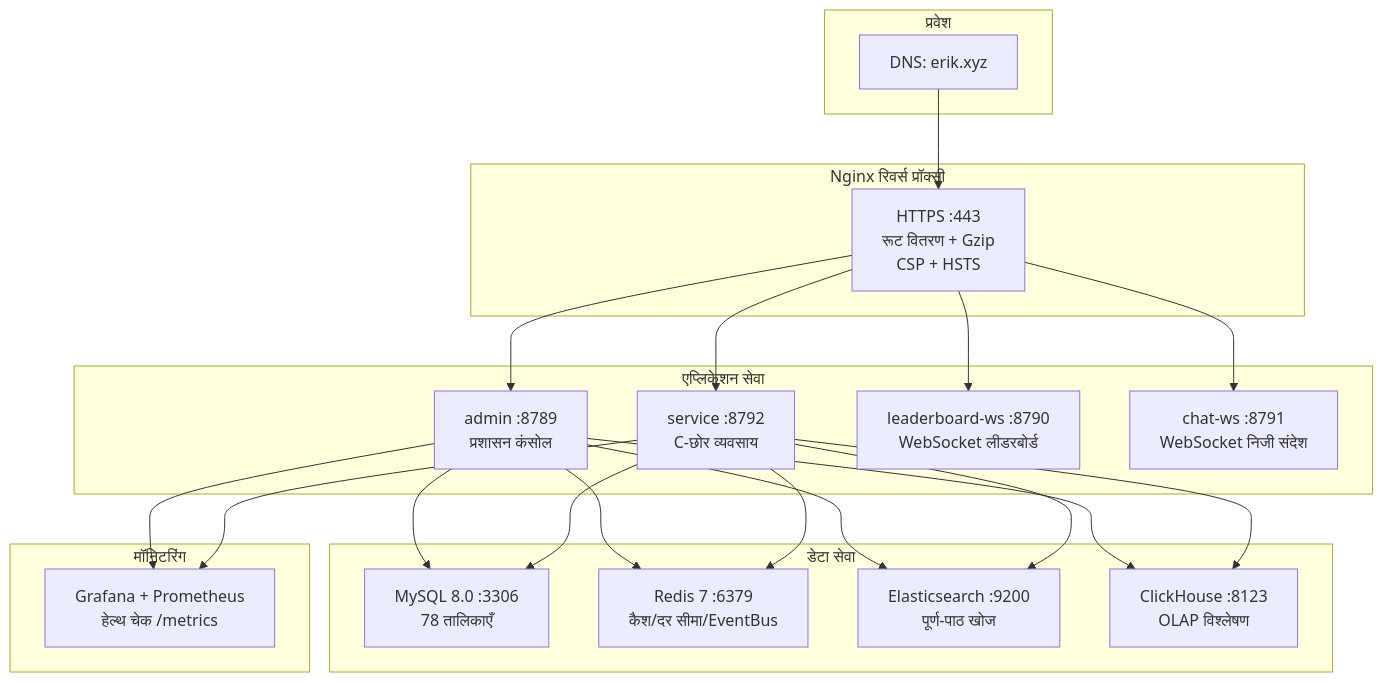
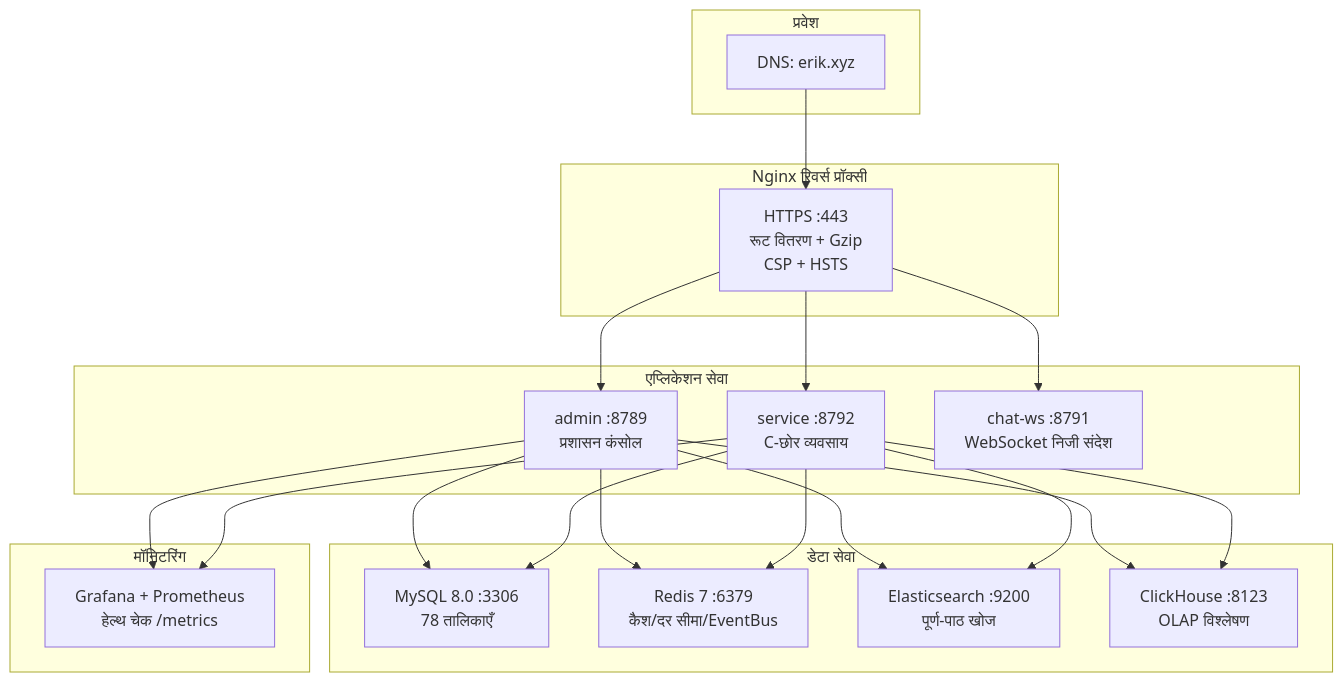
The diagram in admin/docs/diagrams/12-deployment.hi.md (erikwang2013/game-platform-php), drawn with Mermaid before and after one commit. The commit also changed 710 other files, not shown here.

````diff
--- a/admin/docs/diagrams/12-deployment.hi.md
+++ b/admin/docs/diagrams/12-deployment.hi.md
@@ -7,33 +7,32 @@
 ```mermaid
 flowchart TB
     subgraph "प्रवेश"
         DNS["DNS: erik.xyz"]
     end
 
     subgraph "Nginx रिवर्स प्रॉक्सी"
         NGX["HTTPS :443<br/>रूट वितरण + Gzip<br/>CSP + HSTS"]
     end
 
     subgraph "एप्लिकेशन सेवा"
         ADM["admin :8789<br/>प्रशासन कंसोल"]
         SVC["service :8792<br/>C-छोर व्यवसाय"]
-        LB["leaderboard-ws :8790<br/>WebSocket लीडरबोर्ड"]
         CHAT["chat-ws :8791<br/>WebSocket निजी संदेश"]
     end
 
     subgraph "डेटा सेवा"
         MYSQL["MySQL 8.0 :3306<br/>78 तालिकाएँ"]
         REDIS["Redis 7 :6379<br/>कैश/दर सीमा/EventBus"]
         ES["Elasticsearch :9200<br/>पूर्ण-पाठ खोज"]
         CH["ClickHouse :8123<br/>OLAP विश्लेषण"]
     end
 
     subgraph "मॉनिटरिंग"
         MON["Grafana + Prometheus<br/>हेल्थ चेक /metrics"]
     end
 
     DNS --> NGX
-    NGX --> ADM & SVC & LB & CHAT
+    NGX --> ADM & SVC & CHAT
     ADM & SVC --> MYSQL & REDIS & ES & CH
     ADM & SVC --> MON
 ```
````
